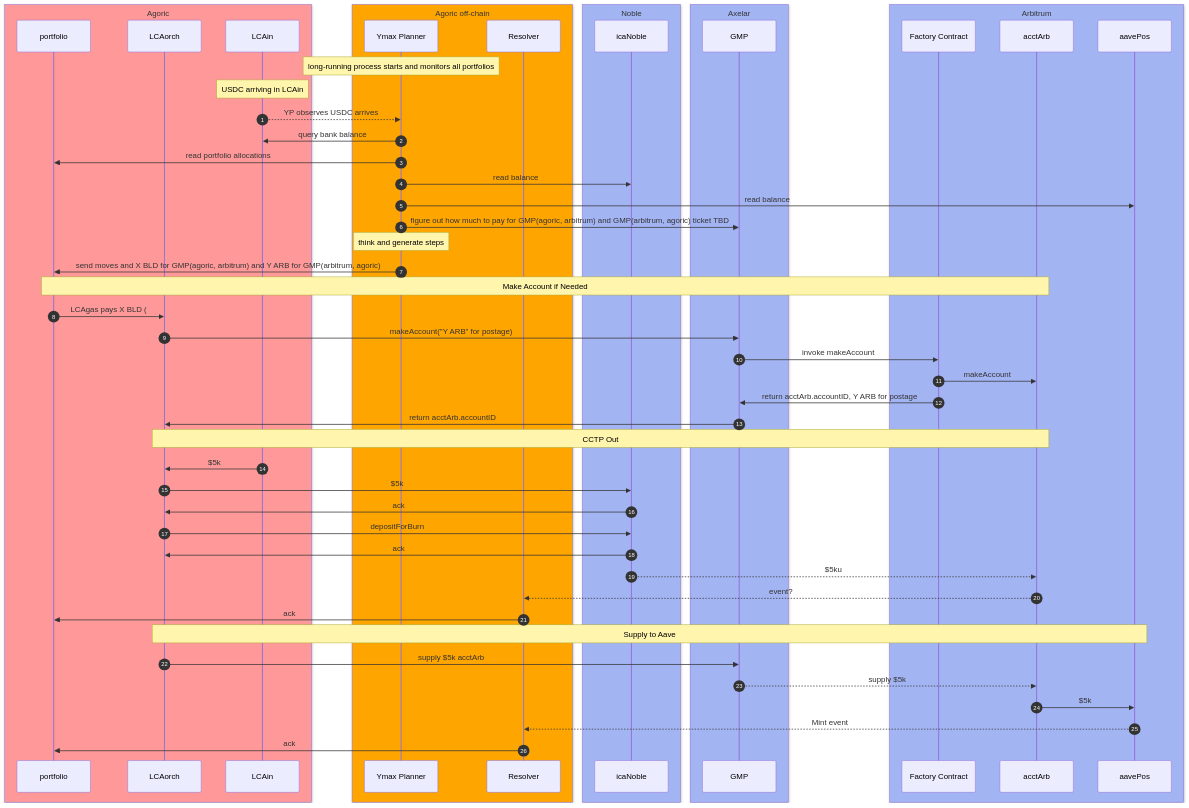
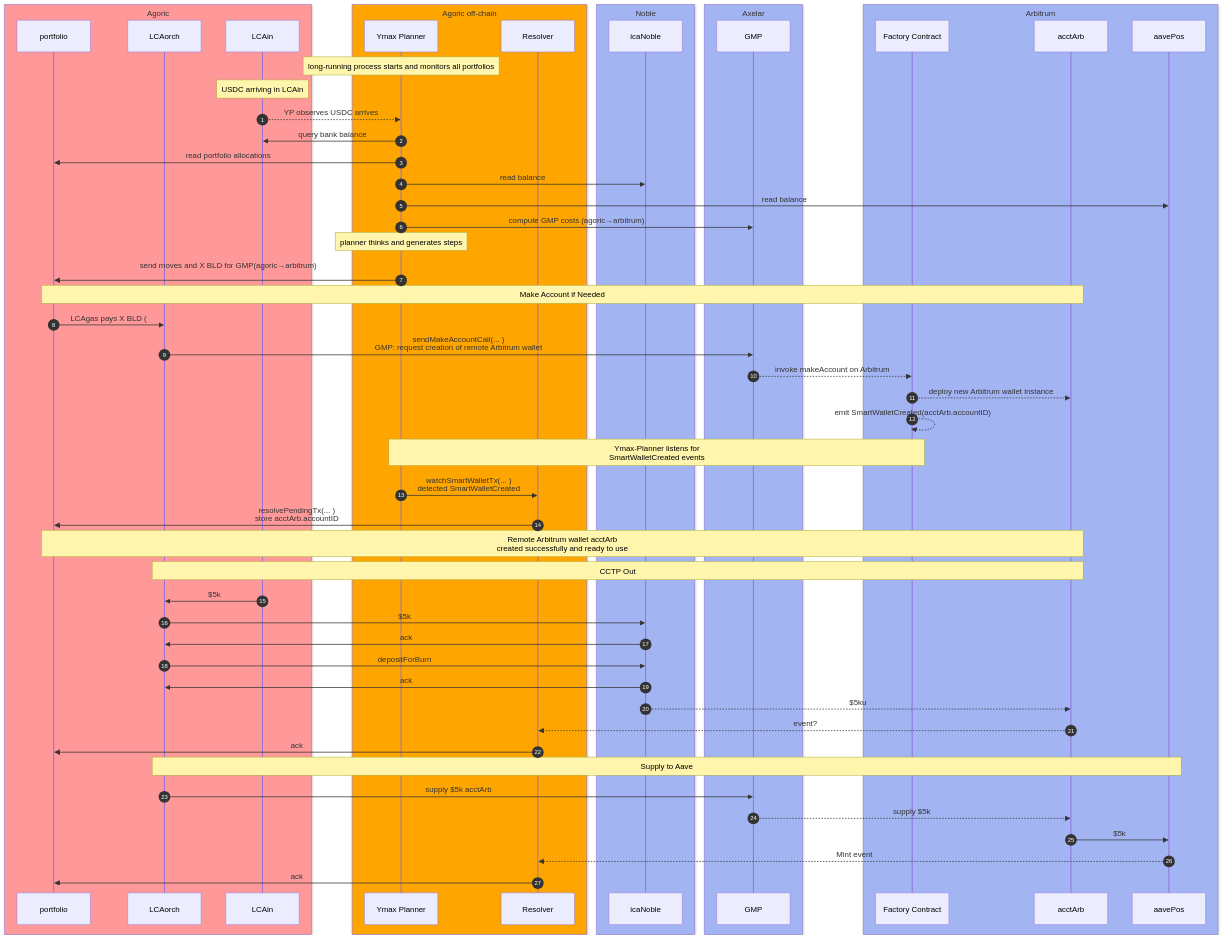
One commit to Agoric/agoric-sdk changed the fifth of 9 diagrams in packages/portfolio-contract/DESIGN-BETA.md. Above: the diagram before and after it, drawn with Mermaid.

Commit message:
docs: update makeAccount flow

````diff
--- a/packages/portfolio-contract/DESIGN-BETA.md
+++ b/packages/portfolio-contract/DESIGN-BETA.md
@@ -80,66 +80,72 @@
 ```mermaid
 sequenceDiagram
   autonumber
 
   box rgb(255,153,153) Agoric
     participant portfolio
     participant LCAorch
     participant LCAin
   end
 
   box  rgb(255,165,0) Agoric off-chain
     participant YP as Ymax Planner
     participant Res as Resolver
   end
 
   box rgb(163,180,243) Noble
     participant icaN as icaNoble
   end
 
   box rgb(163,180,243) Axelar
     participant AX as GMP
   end
 
   box rgb(163,180,243) Arbitrum
     participant factory as Factory Contract
     participant acctArb
     participant aavePos
   end
 
   %% Notation: ->> for initial message, -->> for consequences
 
   Note over YP: long-running process starts and monitors all portfolios
   Note over LCAin: USDC arriving in LCAin
   LCAin -->> YP: YP observes USDC arrives
   YP ->> LCAin: query bank balance
   YP ->> portfolio: read portfolio allocations
   YP ->> icaN: read balance
   YP ->> aavePos: read balance
-  YP ->> AX: figure out how much to pay for GMP(agoric, arbitrum) and GMP(arbitrum, agoric) ticket TBD
-  Note over YP: think and generate steps
-  YP ->> portfolio: send moves and X BLD for GMP(agoric, arbitrum) and Y ARB for GMP(arbitrum, agoric)
+  YP ->> AX: compute GMP costs (agoric→arbitrum)
+  Note over YP: planner thinks and generates steps
+  YP ->> portfolio: send moves and X BLD for GMP(agoric→arbitrum)<br/>
+
   Note over portfolio, acctArb: Make Account if Needed
   portfolio ->> LCAorch: LCAgas pays X BLD (#11781)
-  LCAorch ->> AX: makeAccount("Y ARB" for postage)
-  AX ->> factory: invoke makeAccount
-  factory ->> acctArb: makeAccount
-  factory ->> AX: return acctArb.accountID, Y ARB for postage
-  AX ->> LCAorch: return acctArb.accountID
+  LCAorch ->> AX: sendMakeAccountCall(... )<br/>GMP: request creation of remote Arbitrum wallet
+  AX -->> factory: invoke makeAccount on Arbitrum
+  factory -->> acctArb: deploy new Arbitrum wallet instance
+  factory -->> factory: emit SmartWalletCreated(acctArb.accountID)
+
+  Note over factory, YP: Ymax-Planner listens for<br/>SmartWalletCreated events
+  YP ->> Res: watchSmartWalletTx(... )<br/>detected SmartWalletCreated
+  Res ->> portfolio: resolvePendingTx(... )<br/>store acctArb.accountID
+
+  Note over portfolio, acctArb: Remote Arbitrum wallet acctArb<br/>created successfully and ready to use
 
   Note over LCAorch, acctArb: CCTP Out
   LCAin ->> LCAorch: $5k
   LCAorch ->> icaN: $5k
   icaN ->> LCAorch: ack
   LCAorch ->> icaN: depositForBurn
   icaN ->> LCAorch: ack
   icaN -->> acctArb: $5ku
   acctArb -->> Res: event?
   Res ->> portfolio: ack
 
   Note over LCAorch, aavePos: Supply to Aave
   LCAorch ->> AX: supply $5k acctArb
   AX -->> acctArb: supply $5k
   acctArb ->> aavePos: $5k
   aavePos -->> Res: Mint event
   Res ->> portfolio: ack
 ```
````
